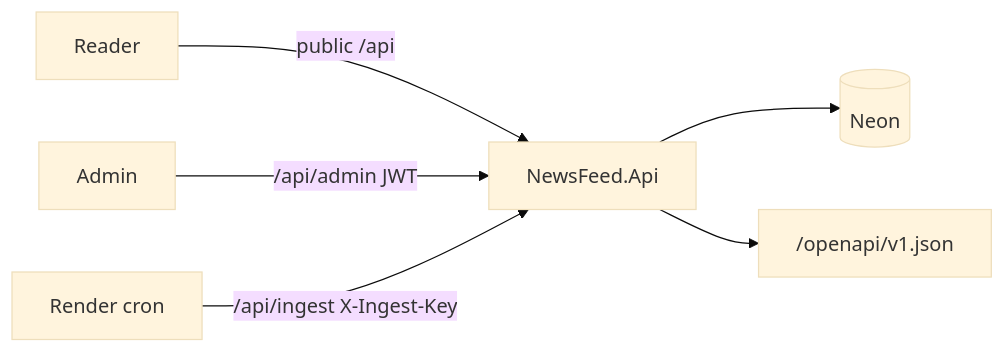
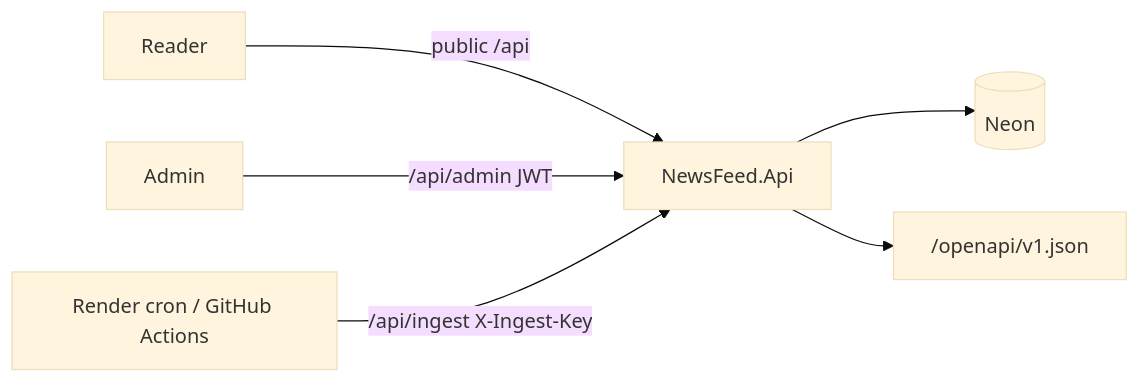
One commit to sshivanshg/TAZAkhabar changed the diagram in docs/architecture/02-api.md. Above: the diagram before and after it, drawn with Mermaid (base theme). The commit also changed other lines of this file and 5 other files, not shown here.

Commit message:
Move nightly ingest scheduling to GitHub Actions

````diff
--- a/docs/architecture/02-api.md
+++ b/docs/architecture/02-api.md
@@ -17,8 +17,8 @@
 ```mermaid
 flowchart LR
   Reader[Reader] -->|public /api| API[NewsFeed.Api]
   Admin[Admin] -->|/api/admin JWT| API
-  Cron[Render cron] -->|/api/ingest X-Ingest-Key| API
+  Cron[Render cron / GitHub Actions] -->|/api/ingest X-Ingest-Key| API
   API --> Neon[(Neon)]
   API --> OpenAPI["/openapi/v1.json"]
 ```
````
